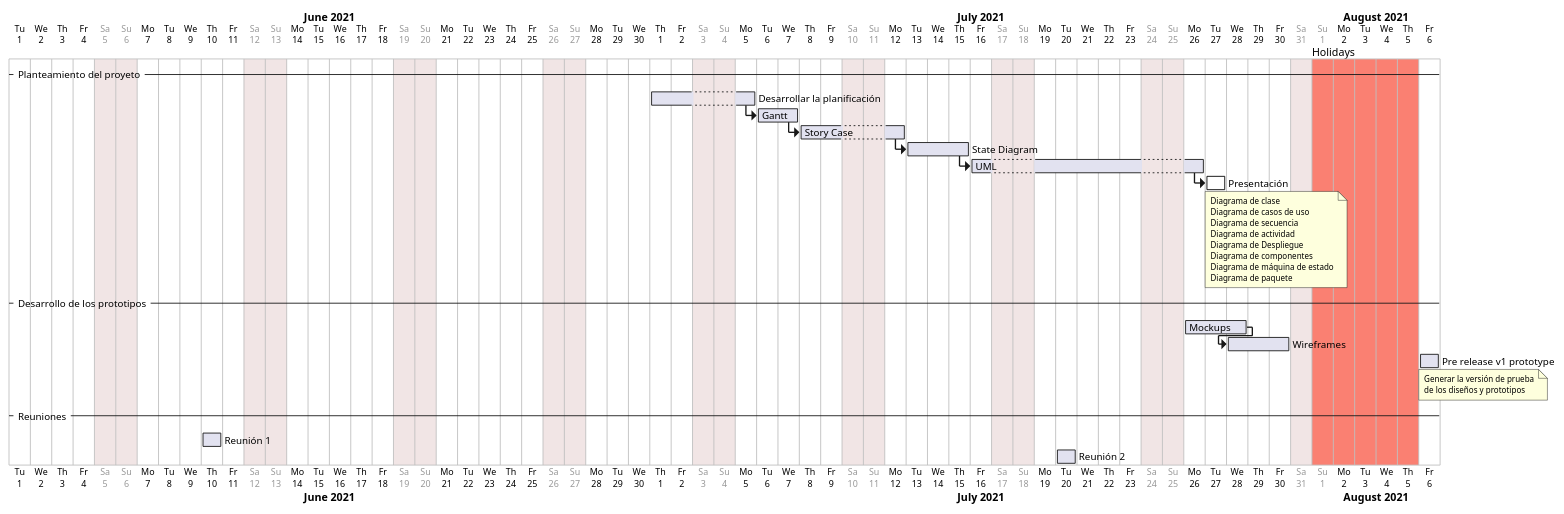
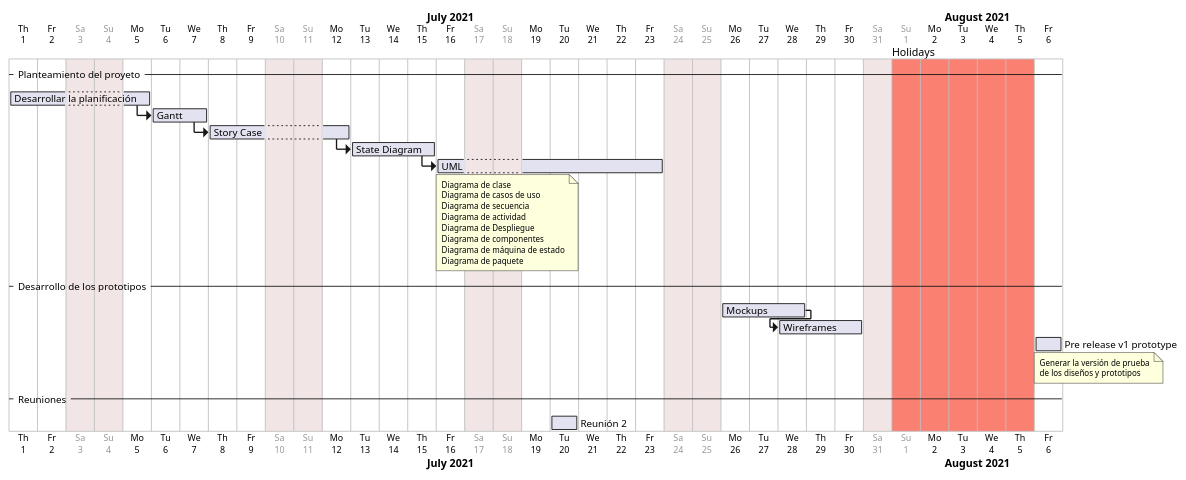
Before and after one commit to nonodev96/THUMDER: the diagram in UML/_0.0.Gantt.puml, drawn with PlantUML. The commit also changed 33 other files, not shown here.

Commit message:
Add firebase auth in server with email and password, google oauth and github oauth, in project electron only email and password, modify UML

```diff
--- a/UML/_0.0.Gantt.puml
+++ b/UML/_0.0.Gantt.puml
@@ -1,56 +1,61 @@
 @startgantt
-'language ko
-printscale daily zoom 1.5
+'https://plantuml.com/es/gantt-diagram
+'!theme amiga from https://raw.githubusercontent.com/plantuml/plantuml/master/themes
+skinparam defaultFontName consolas
+skinparam minClassWidth 100
+skinparam conditionStyle inside
+printscale daily zoom 2
+
 saturday are closed
 sunday are closed
 
-Project starts the 1st of june 2021
+Project starts the 1st of july 2021
 
 -- Planteamiento del proyeto --
 [Desarrollar la planificación] starts 2021-07-01 and lasts 3 days
 '[Test prototype] lasts 3 days and starts 7 days before [Desarrollar la planificación]'s end
 then [Gantt] lasts 2 days
 then [Story Case] lasts 3 days
 then [State Diagram] lasts 3 days
-then [UML] lasts 7 days
-then [Presentación] is deleted
+then [UML] lasts 6 days
+'then [Presentación] is deleted
 '[Presentación] happens at [UML]'s end
 
 note bottom
   Diagrama de clase
   Diagrama de casos de uso
   Diagrama de secuencia
   Diagrama de actividad
   Diagrama de Despliegue
   Diagrama de componentes
   Diagrama de máquina de estado
   Diagrama de paquete
 end note
 
 
 -- Desarrollo de los prototipos --
 
 [Mockups] starts 2021-07-25 and lasts 3 days
 [Wireframes] lasts 3 days and starts 1 days before [Mockups]'s end
 
 [Pre release v1 prototype] starts 2021-08-06 and lasts 1 days
 note bottom
   Generar la versión de prueba
   de los diseños y prototipos
 end note
 
 
 
 
 
 
 2021-08-01 to 2021-08-05 are named [Holidays]
 2021-08-01 to 2021-08-05 are colored in salmon
 
 
 -- Reuniones --
 
-[Reunión 1] starts 2021-06-10
+'[Reunión 1] starts 2021-06-10
 [Reunión 2] starts 2021-07-20
 
 @endgantt
```
